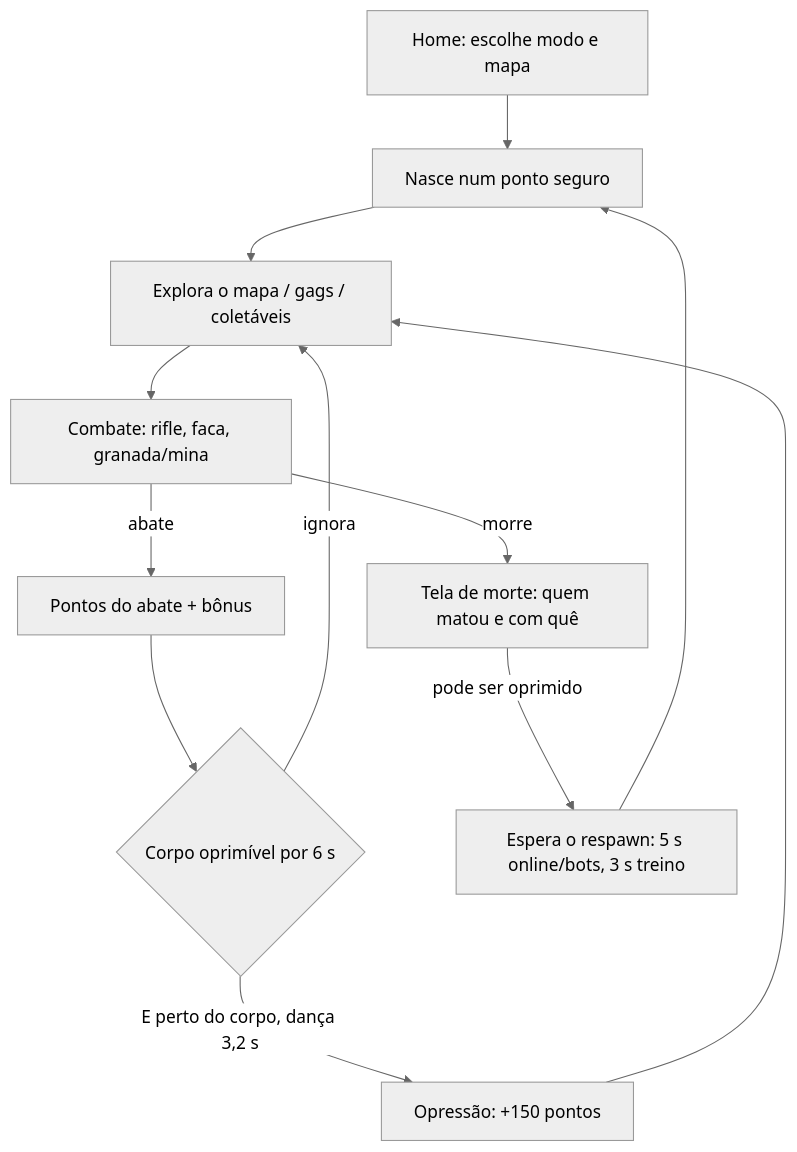
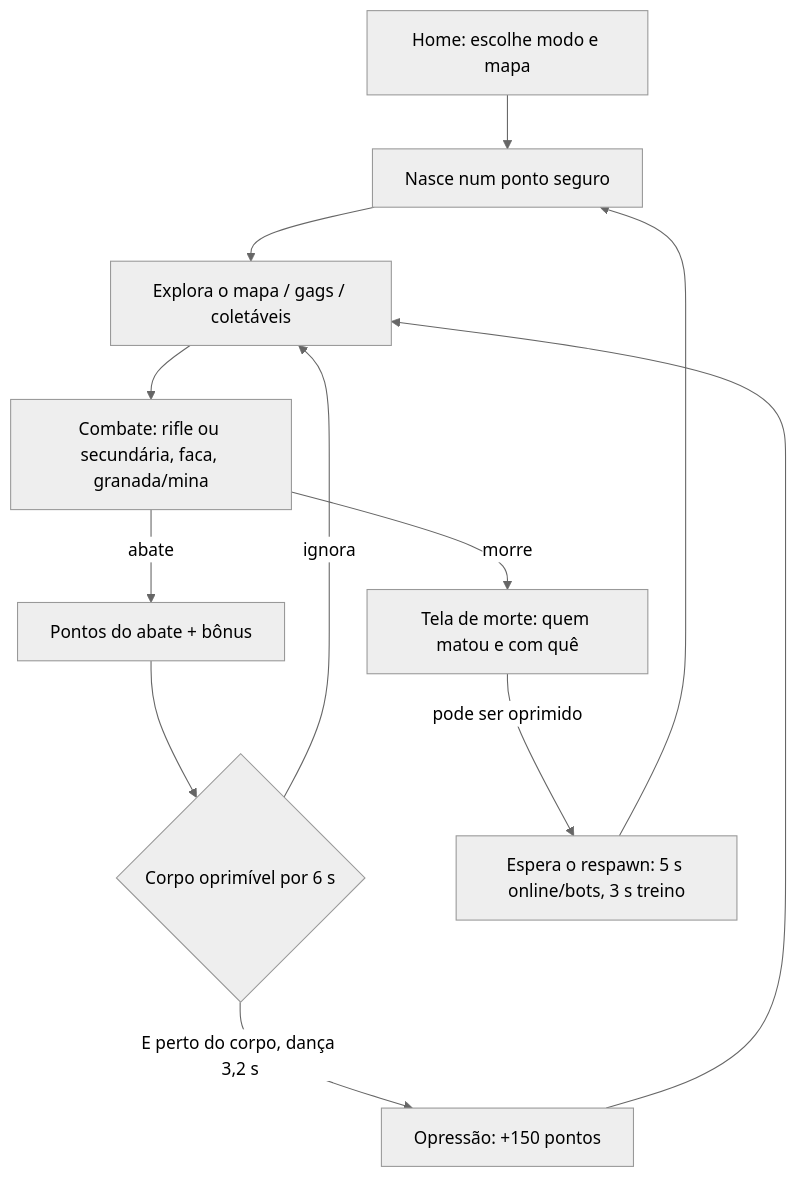
Before and after one commit to JPLabussiereF/offensive-combat-reload: the first of 2 diagrams in Game-Vault/01 - Vision & Design/Core Loop.md, drawn with Mermaid (neutral theme). The commit also changed other lines of this file and 123 other files, not shown here.

````diff
--- a/Game-Vault/01 - Vision & Design/Core Loop.md
+++ b/Game-Vault/01 - Vision & Design/Core Loop.md
@@ -28,14 +29,14 @@
 ```mermaid
 flowchart TD
     Home[Home: escolhe modo e mapa] --> Spawn[Nasce num ponto seguro]
     Spawn --> Explore[Explora o mapa / gags / coletáveis]
-    Explore --> Fight[Combate: rifle, faca, granada/mina]
+    Explore --> Fight[Combate: rifle ou secundária, faca, granada/mina]
     Fight -->|abate| Kill[Pontos do abate + bônus]
     Kill --> Corpse{Corpo oprimível por 6 s}
     Corpse -->|E perto do corpo, dança 3,2 s| Opp[Opressão: +150 pontos]
     Corpse -->|ignora| Explore
     Opp --> Explore
     Fight -->|morre| Dead[Tela de morte: quem matou e com quê]
     Dead -->|pode ser oprimido| Wait[Espera o respawn: 5 s online/bots, 3 s treino]
     Wait --> Spawn
 ```
````
